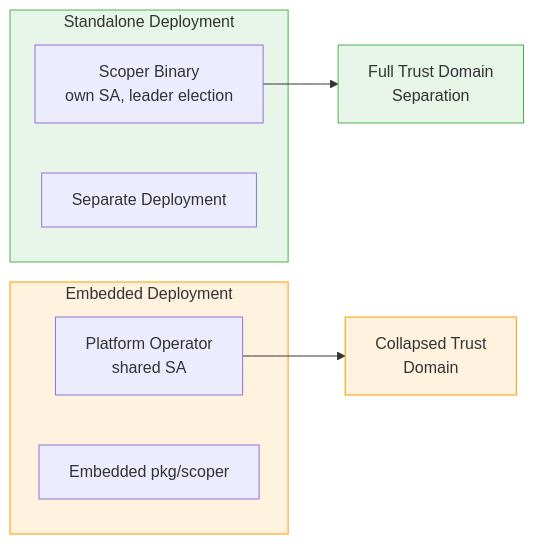
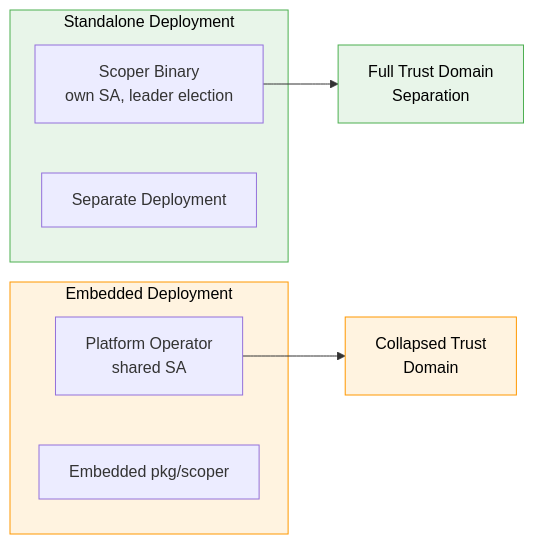
Before and after one commit to opendatahub-io/operator-rbac-toolkit: the first of 2 diagrams in site/docs/getting-started/choose-your-deployment.md, drawn with Mermaid. The commit also changed other lines of this file and 9 other files, not shown here.

First line of the commit message:
fix(site): add explicit dark text color to all mermaid diagrams

````diff
--- a/site/docs/getting-started/choose-your-deployment.md
+++ b/site/docs/getting-started/choose-your-deployment.md
@@ -5,20 +5,20 @@
 ```mermaid
 flowchart LR
     subgraph standalone ["Standalone Deployment"]
         SB[Scoper Binary\nown SA, leader election]
         SC[Separate Deployment]
     end
     
     subgraph embedded ["Embedded Deployment"]
         PO[Platform Operator\nshared SA]
         EL[Embedded pkg/scoper]
     end
     
     SB --> TD[Full Trust Domain\nSeparation]
     PO --> CT[Collapsed Trust\nDomain]
     
-    style standalone fill:#e8f5e9,stroke:#4CAF50
-    style embedded fill:#fff3e0,stroke:#FF9800
-    style TD fill:#e8f5e9,stroke:#4CAF50
-    style CT fill:#fff3e0,stroke:#FF9800
+    style standalone fill:#e8f5e9,stroke:#4CAF50,color:#000
+    style embedded fill:#fff3e0,stroke:#FF9800,color:#000
+    style TD fill:#e8f5e9,stroke:#4CAF50,color:#000
+    style CT fill:#fff3e0,stroke:#FF9800,color:#000
 ```
````
